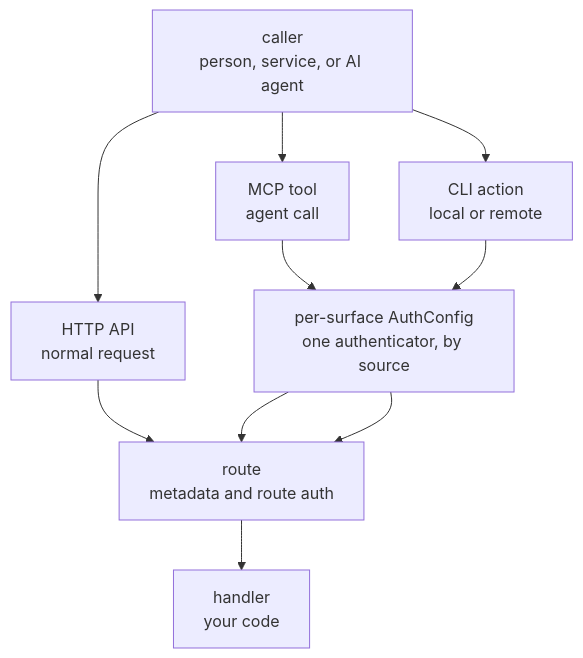
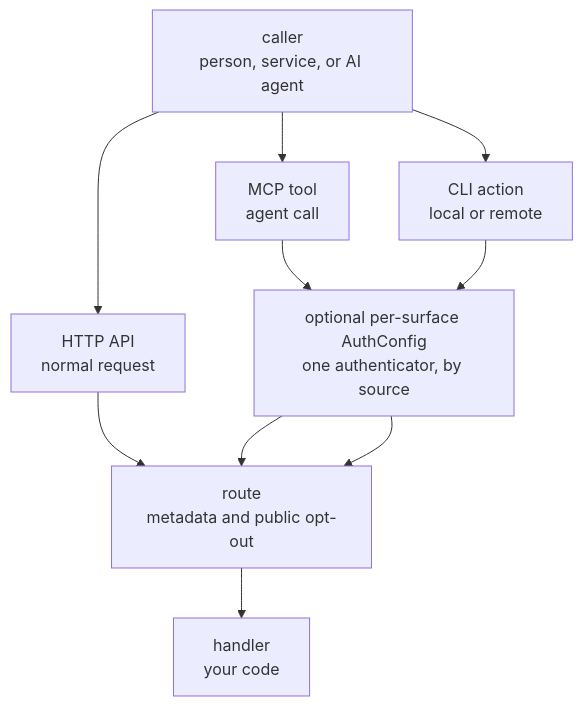
The diagram in docs/en/dev/surfaces.md (yanurag-dev/quater), drawn with Mermaid before and after one commit. The commit also changed other lines of this file and 16 other files, not shown here.

Commit message:
Improved documentation around per surface authentication

````diff
--- a/docs/en/dev/surfaces.md
+++ b/docs/en/dev/surfaces.md
@@ -29,15 +30,15 @@
 ```mermaid
 flowchart TB
     caller["caller\nperson, service, or AI agent"]
     http["HTTP API\nnormal request"]
     mcp["MCP tool\nagent call"]
     cli["CLI action\nlocal or remote"]
-    surface_auth["per-surface AuthConfig\none authenticator, by source"]
-    route["route\nmetadata and route auth"]
+    surface_auth["optional per-surface AuthConfig\none authenticator, by source"]
+    route["route\nmetadata and public opt-out"]
     handler["handler\nyour code"]
 
     caller --> http --> route
     caller --> mcp --> surface_auth --> route
     caller --> cli --> surface_auth
     surface_auth --> route --> handler
 ```
````
